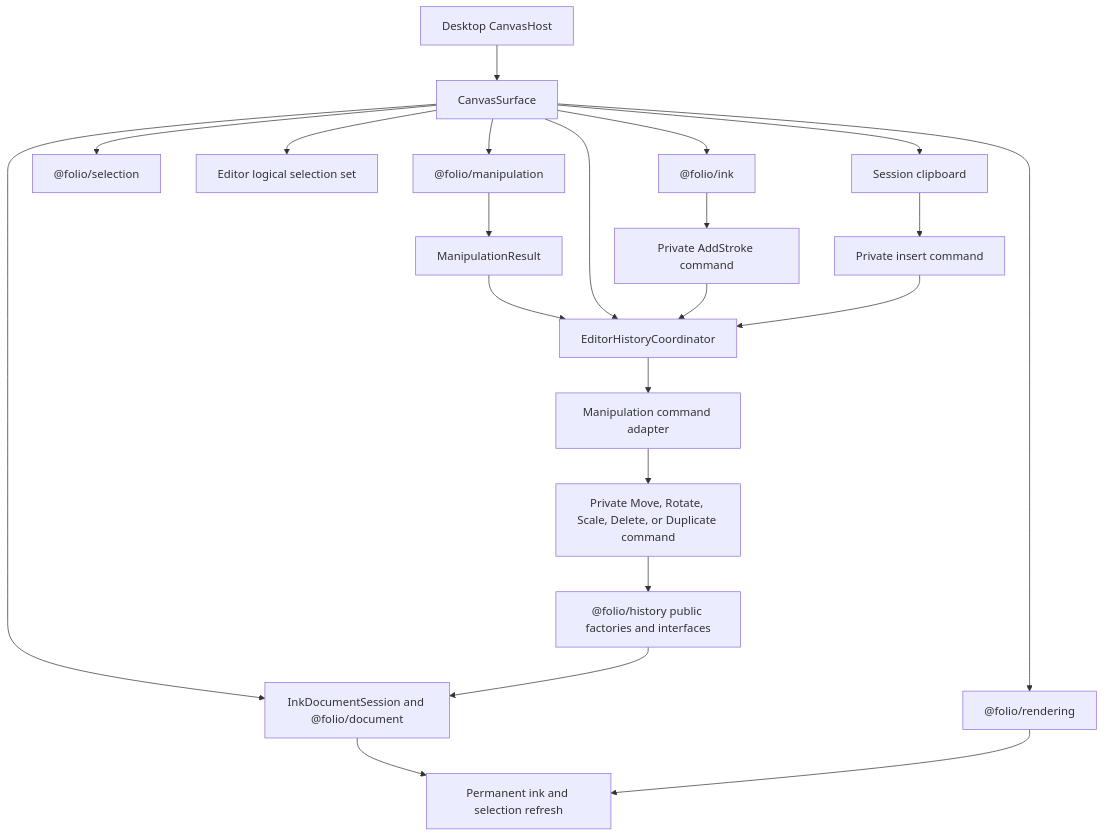
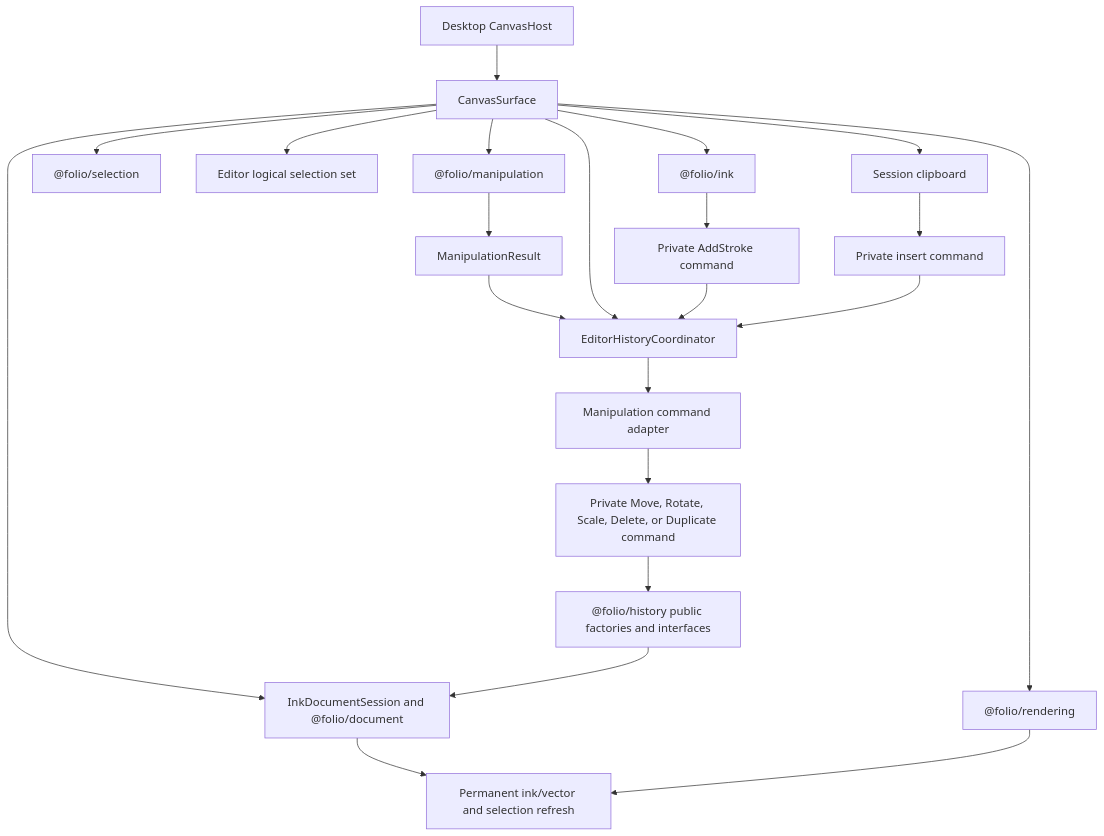
Before and after one commit to ritikpandey1981/digital-notes: the first of 2 diagrams in packages/editor/README.md, drawn with Mermaid. The commit also changed other lines of this file and 98 other files, not shown here.

````diff
--- a/packages/editor/README.md
+++ b/packages/editor/README.md
@@ -23,24 +24,24 @@
 ```mermaid
 flowchart TD
     Host["Desktop CanvasHost"] --> Surface["CanvasSurface"]
     Surface --> Rendering["@folio/rendering"]
     Surface --> Ink["@folio/ink"]
     Surface --> Document["InkDocumentSession and @folio/document"]
     Surface --> Selection["@folio/selection"]
     Surface --> LogicalSelection["Editor logical selection set"]
     Surface --> Clipboard["Session clipboard"]
     Surface --> Manipulation["@folio/manipulation"]
     Manipulation --> Result["ManipulationResult"]
     Result --> Coordinator["EditorHistoryCoordinator"]
     Surface --> Coordinator
     Ink --> StrokeCommand["Private AddStroke command"]
     Clipboard --> InsertCommand["Private insert command"]
     StrokeCommand --> Coordinator
     InsertCommand --> Coordinator
     Coordinator --> Adapter["Manipulation command adapter"]
     Adapter --> Commands["Private Move, Rotate, Scale, Delete, or Duplicate command"]
     Commands --> History["@folio/history public factories and interfaces"]
     History --> Document
-    Document --> Refresh["Permanent ink and selection refresh"]
+    Document --> Refresh["Permanent ink/vector and selection refresh"]
     Rendering --> Refresh
 ```
````
